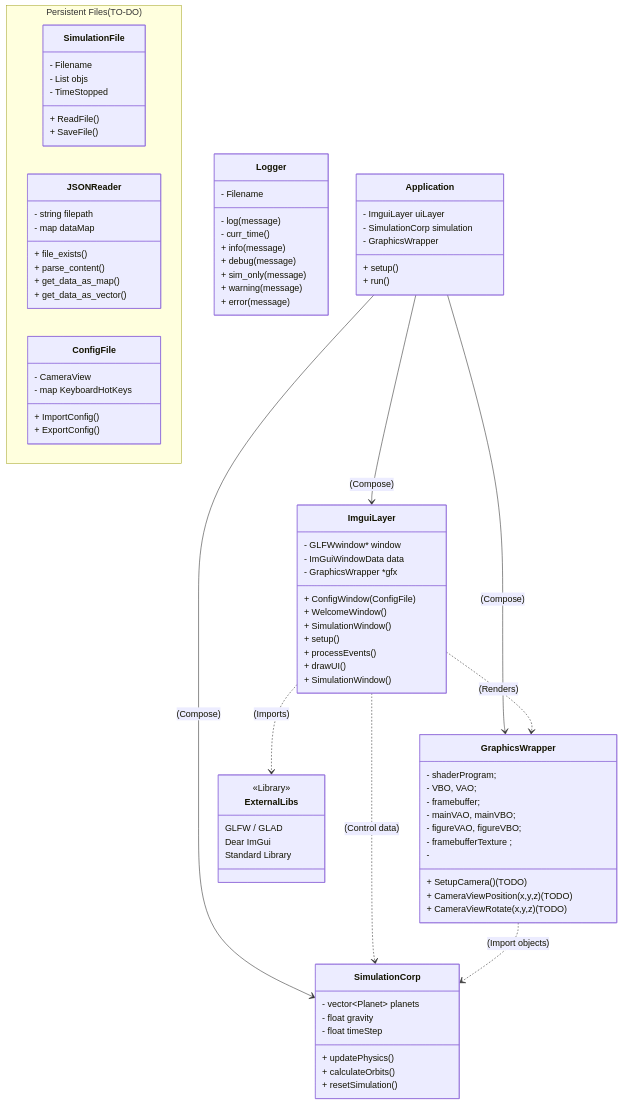
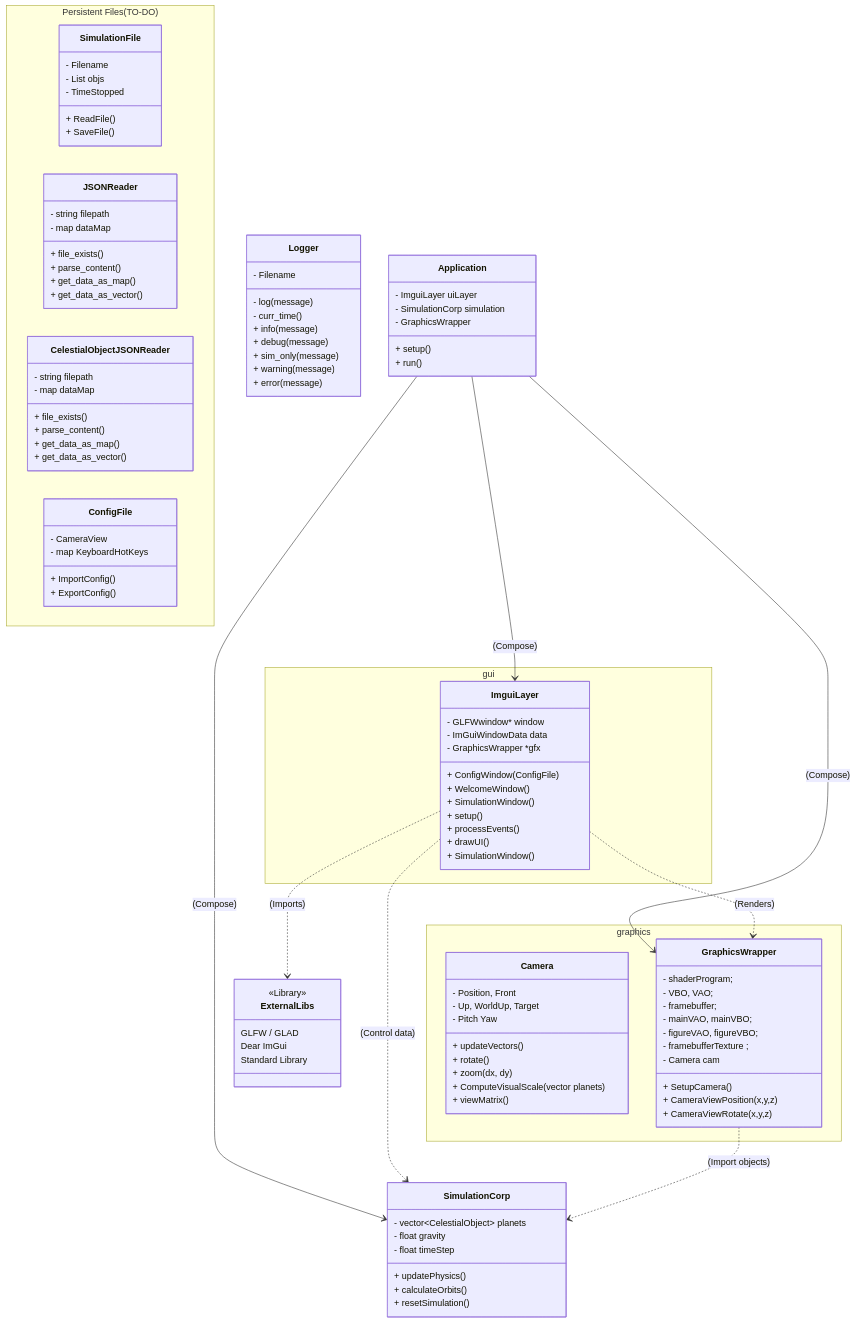
One commit to MBGustav/PlanetarySystem changed the diagram in README.md. Above: the diagram before and after it, drawn with Mermaid. The commit also changed other lines of this file and 20 other files, not shown here.

Commit message:
changing Planet to CelestialObj name

````diff
--- a/README.md
+++ b/README.md
@@ -71,6 +71,16 @@
 		+ get_data_as_map()
 		+ get_data_as_vector()
     }
+
+	class CelestialObjectJSONReader{
+        - string filepath
+        - map<char, cmd> dataMap
+        + file_exists()
+        + parse_content()
+		+ get_data_as_map()
+		+ get_data_as_vector()
+    }
+
 
     class ConfigFile{
         - CameraView
@@ -99,28 +109,41 @@
 	    + run()
     }
 
-    class GraphicsWrapper {
+    namespace graphics {
+		class Camera {
+			- Position, Front
+			- Up, WorldUp, Target
+			- Pitch Yaw
+			+ updateVectors()
+			+ rotate()
+			+ zoom(dx, dy)
+			+ ComputeVisualScale(vector planets)
+			+ viewMatrix()
+		}
+
+
+		class GraphicsWrapper {
 		- shaderProgram;
 		- VBO, VAO;
 		- framebuffer;
 		- mainVAO, mainVBO;
 		- figureVAO, figureVBO;
 		- framebufferTexture ;
-		- 
+		- Camera cam
 
+	    + SetupCamera()
+		+ CameraViewPosition(x,y,z)
+		+ CameraViewRotate(x,y,z)
+    }
+	}
 
-
-	    + SetupCamera() (TODO)
-		+ CameraViewPosition(x,y,z) (TODO)
-		+ CameraViewRotate(x,y,z) (TODO)
-    }
-
+	namespace gui {
 
     class ImguiLayer {
 	    - GLFWwindow* window
 	    - ImGuiWindowData data
 		- GraphicsWrapper *gfx
-        + ConfigWindow(ConfigFile) 
+        + ConfigWindow(ConfigFile)
         + WelcomeWindow()
         + SimulationWindow()
 	    + setup()
@@ -128,9 +151,10 @@
 	    + drawUI()
 	    + SimulationWindow()
     }
+	}
 
     class SimulationCorp {
-	    - vector~Planet~ planets
+	    - vector~CelestialObject~ planets
 	    - float gravity
 	    - float timeStep
 	    + updatePhysics()
@@ -154,5 +178,5 @@
     ImguiLayer       ..> ExternalLibs    : (Imports)
     ImguiLayer       ..> SimulationCorp  : (Control data)
 	GraphicsWrapper  ..> SimulationCorp  : (Import objects)
-	
+
 ```
````
